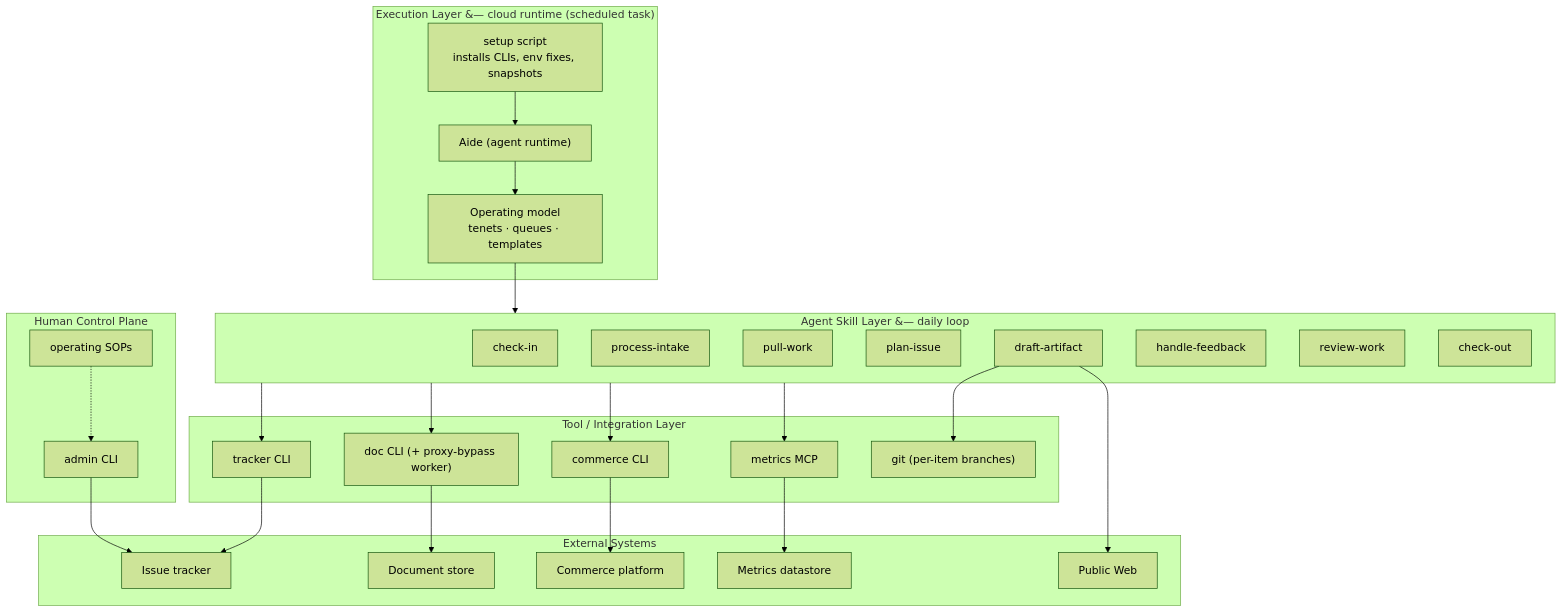
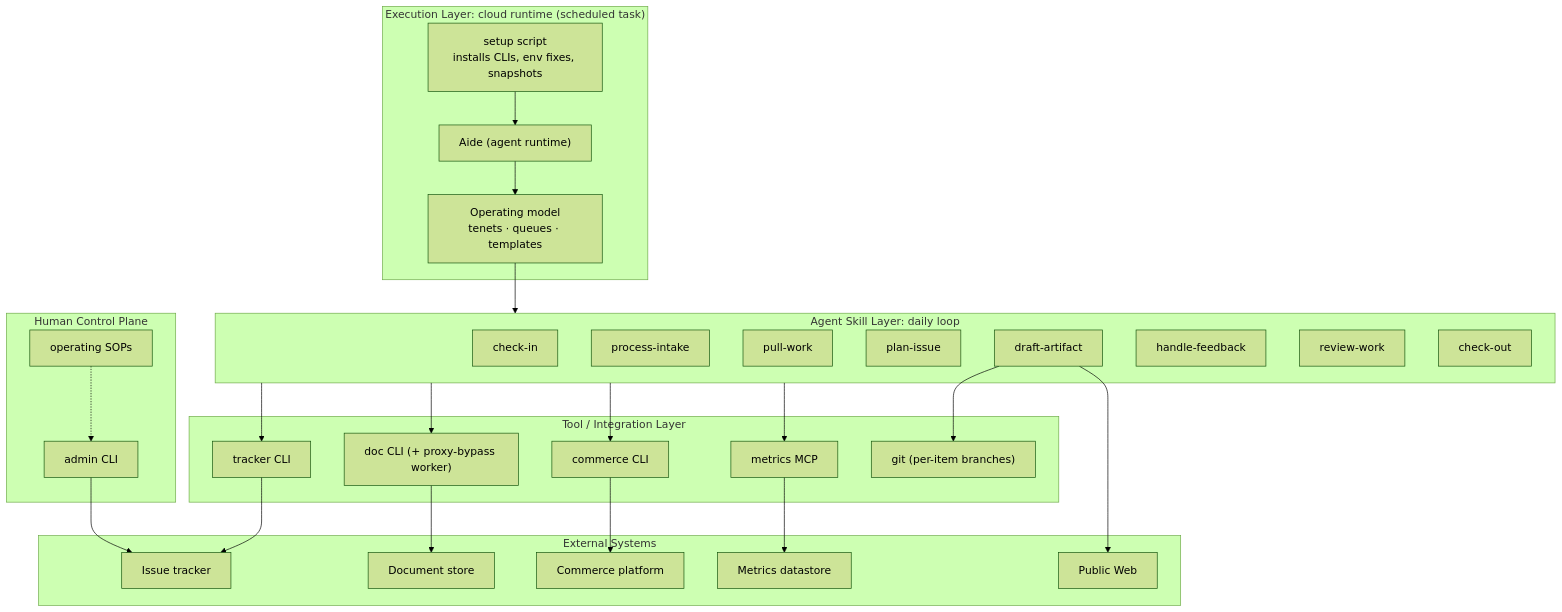
Before and after one commit to omars-lab/omars-lab.github.io: the first of 10 diagrams in bytesofpurpose-blog/designs/2026-06-22-aide.mdx, drawn with Mermaid (forest theme). The commit also changed other lines of this file and 9 other files, not shown here.

````diff
--- a/bytesofpurpose-blog/designs/2026-06-22-aide.mdx
+++ b/bytesofpurpose-blog/designs/2026-06-22-aide.mdx
@@ -99,53 +99,53 @@
 ```mermaid
 graph TB
-    subgraph EXEC["Execution Layer &#8212; cloud runtime (scheduled task)"]
+    subgraph EXEC["Execution Layer: cloud runtime (scheduled task)"]
         AGENT["Aide (agent runtime)"]
         PROMPT["Operating model<br/>tenets · queues · templates"]
         SETUP["setup script<br/>installs CLIs, env fixes, snapshots"]
     end
 
-    subgraph SKILLS["Agent Skill Layer &#8212; daily loop"]
+    subgraph SKILLS["Agent Skill Layer: daily loop"]
         SK_CI["check-in"]
         SK_INT["process-intake"]
         SK_PW["pull-work"]
         SK_PLAN["plan-issue"]
         SK_DRAFT["draft-artifact"]
         SK_FB["handle-feedback"]
         SK_REV["review-work"]
         SK_CO["check-out"]
     end
 
     subgraph TOOLS["Tool / Integration Layer"]
         TRACKER_CLI["tracker CLI"]
         DOC_CLI["doc CLI (+ proxy-bypass worker)"]
         COMMERCE_CLI["commerce CLI"]
         SUPAMCP["metrics MCP"]
         GIT["git (per-item branches)"]
     end
 
     subgraph EXT["External Systems"]
         JIRA["Issue tracker"]
         GDOCS["Document store"]
         SHOP["Commerce platform"]
         SUPA["Metrics datastore"]
         WEB["Public Web"]
     end
 
     subgraph HUMAN["Human Control Plane"]
         ADMIN["admin CLI"]
         SOPS["operating SOPs"]
     end
 
     AGENT --> PROMPT
     SETUP --> AGENT
     PROMPT --> SKILLS
     SKILLS --> TRACKER_CLI --> JIRA
     SKILLS --> DOC_CLI --> GDOCS
     SKILLS --> COMMERCE_CLI --> SHOP
     SKILLS --> SUPAMCP --> SUPA
     SK_DRAFT --> GIT
     SK_DRAFT --> WEB
     ADMIN --> JIRA
     SOPS -.-> ADMIN
 
 ```
````
